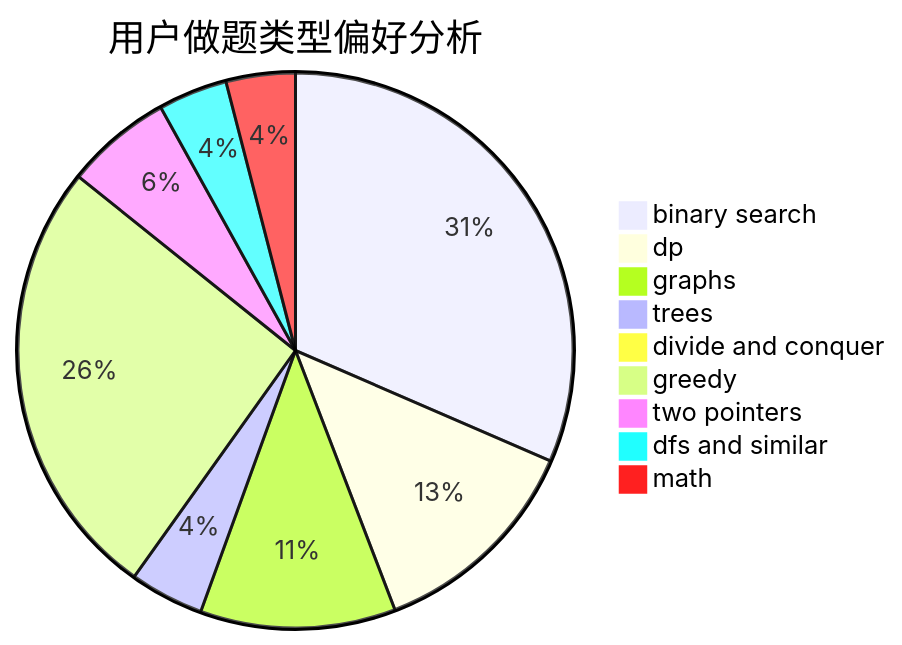
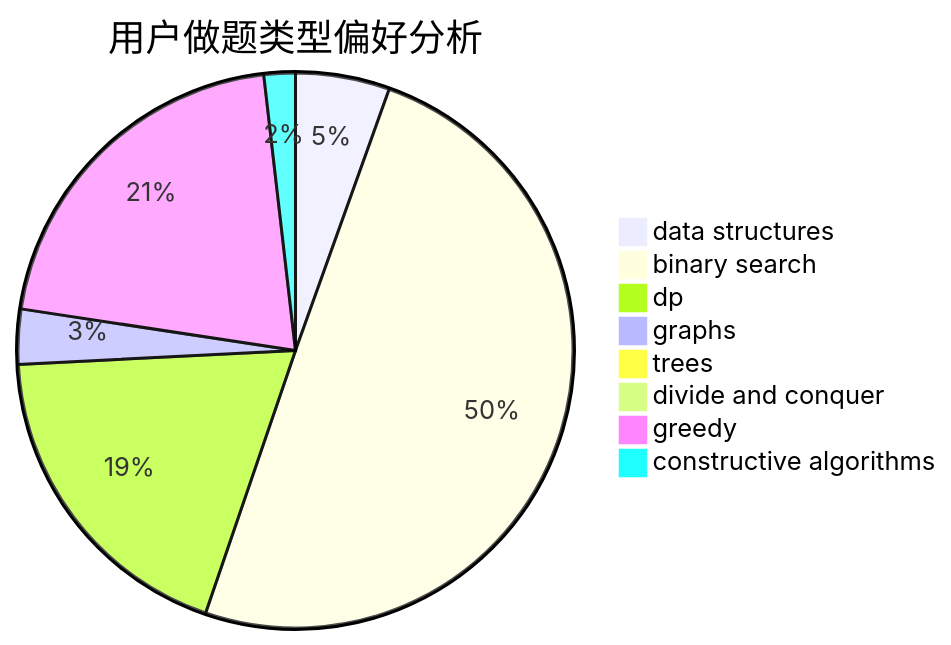
One commit to sherpahu/cfrs.github.io changed the second of 3 diagrams in docs/user/u1916.md. Above: the diagram before and after it, drawn with Mermaid. The commit also changed other lines of this file and 2775 other files, not shown here.

````diff
--- a/docs/user/u1916.md
+++ b/docs/user/u1916.md
@@ -23,12 +23,11 @@
 ```mermaid
 pie title 用户做题类型偏好分析
-    "binary search" :  219
-    "dp" :  88
-    "graphs" :  79
-    "trees" :  30
-    "divide and conquer" :  5
-    "greedy" :  180
-    "two pointers" :  43
-    "dfs and similar" :  28
-    "math" :  28
+    "data structures" :  24
+    "binary search" :  218
+    "dp" :  83
+    "graphs" :  14
+    "trees" :  2
+    "divide and conquer" :  0
+    "greedy" :  91
+    "constructive algorithms" :  8
 ```
````
